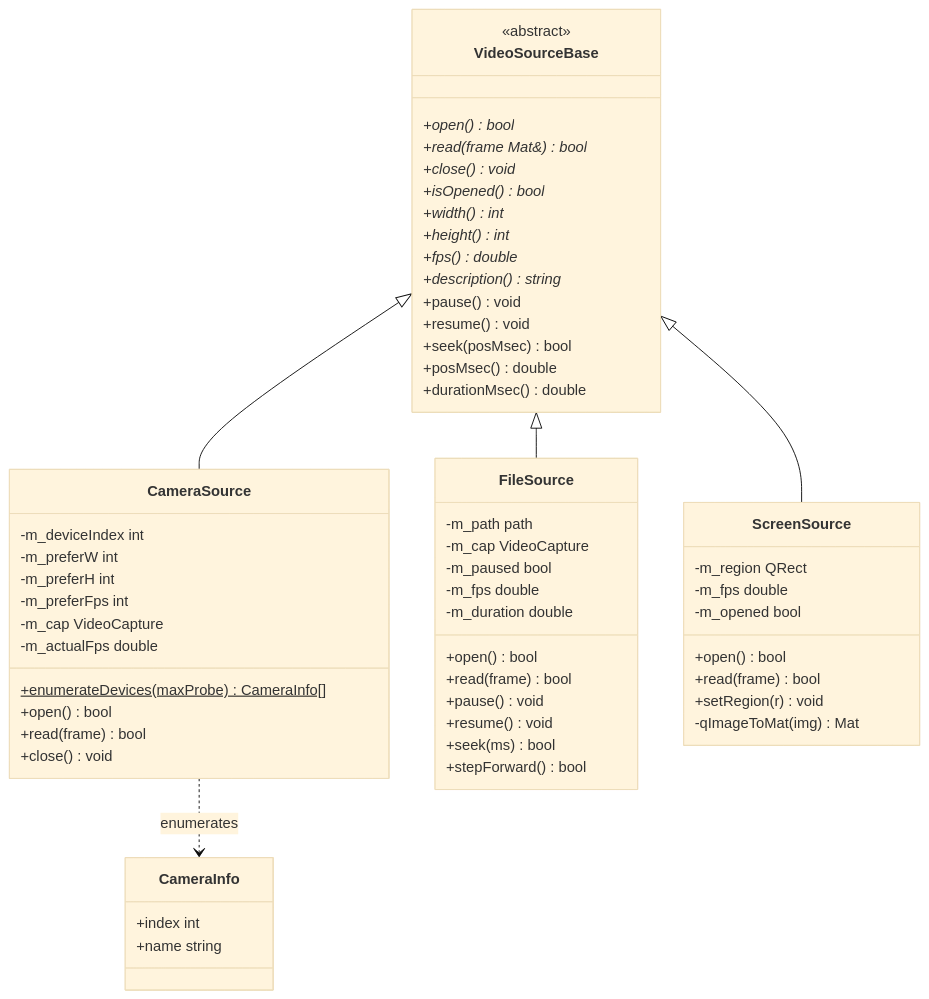
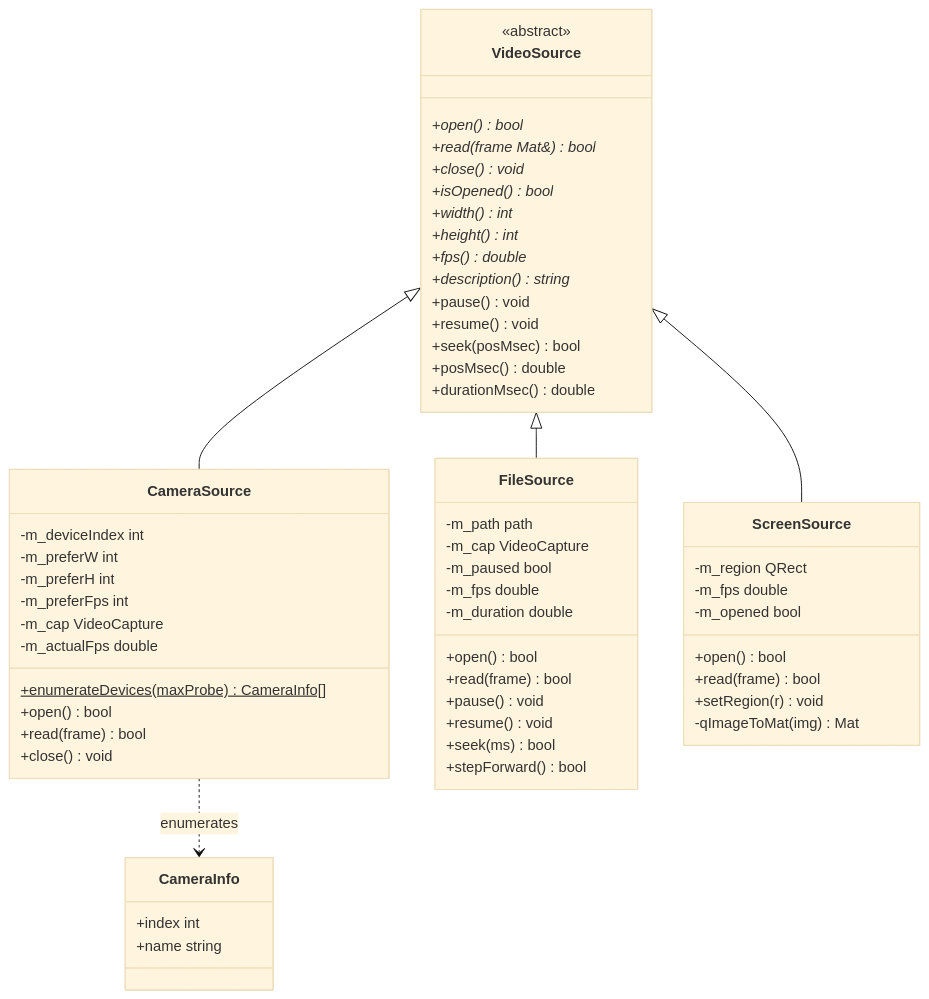
The first of 4 diagrams in docs/assets/class-VideoSource.md (Verginius/Real-time-Video-Stream-Filtering-and-Detection-Tool-Based-on-OpenCV---Qt), drawn with Mermaid (base theme) before and after one commit. The commit also changed 57 other files, not shown here.

````diff
--- a/docs/assets/class-VideoSource.md
+++ b/docs/assets/class-VideoSource.md
@@ -5,66 +5,66 @@
 ```mermaid
 classDiagram
-    class VideoSourceBase {
+    class VideoSource {
         <<abstract>>
         +open() bool*
         +read(frame Mat&) bool*
         +close() void*
         +isOpened() bool*
         +width() int*
         +height() int*
         +fps() double*
         +description() string*
         +pause() void
         +resume() void
         +seek(posMsec) bool
         +posMsec() double
         +durationMsec() double
     }
 
     class CameraSource {
         -m_deviceIndex int
         -m_preferW int
         -m_preferH int
         -m_preferFps int
         -m_cap VideoCapture
         -m_actualFps double
         +enumerateDevices(maxProbe) CameraInfo[]$
         +open() bool
         +read(frame) bool
         +close() void
     }
 
     class FileSource {
         -m_path path
         -m_cap VideoCapture
         -m_paused bool
         -m_fps double
         -m_duration double
         +open() bool
         +read(frame) bool
         +pause() void
         +resume() void
         +seek(ms) bool
         +stepForward() bool
     }
 
     class ScreenSource {
         -m_region QRect
         -m_fps double
         -m_opened bool
         +open() bool
         +read(frame) bool
         +setRegion(r) void
         -qImageToMat(img) Mat
     }
 
     class CameraInfo {
         +index int
         +name string
     }
 
-    VideoSourceBase <|-- CameraSource
-    VideoSourceBase <|-- FileSource
-    VideoSourceBase <|-- ScreenSource
+    VideoSource <|-- CameraSource
+    VideoSource <|-- FileSource
+    VideoSource <|-- ScreenSource
     CameraSource ..> CameraInfo : enumerates
 ```
````
